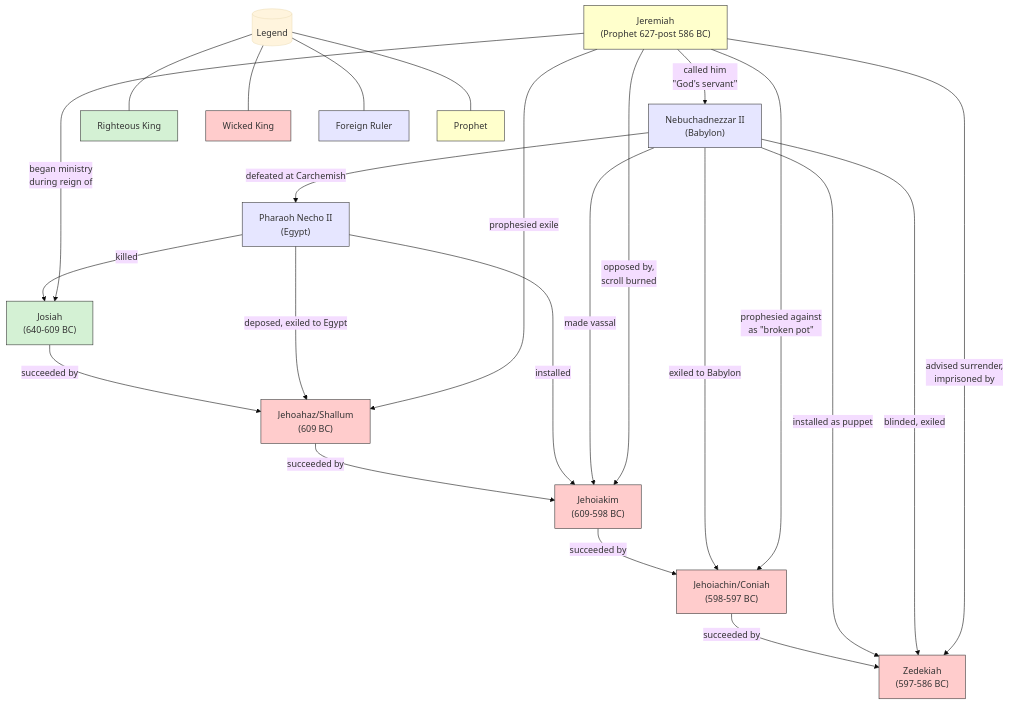
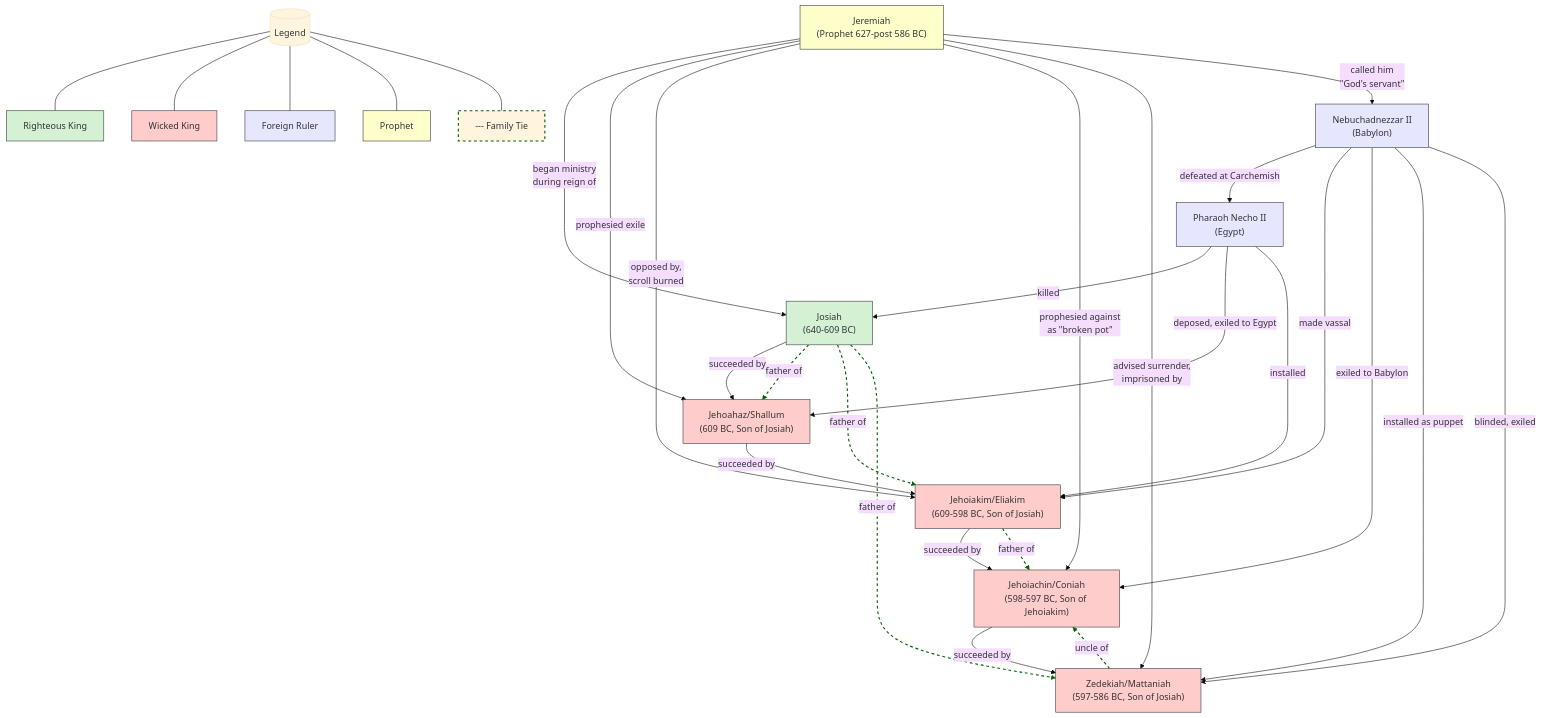
The first of 2 diagrams in old-testament-studies/public/content/en/kings-in-jeremiah-diagram.md (migarciaduran/OldTestament), drawn with Mermaid (base theme) before and after one commit. The commit also changed 1 other file, not shown here.

Commit message:
feat: enhance relationship diagrams for kings during Jeremiah's ministry; add family links and improve clarity

````diff
--- a/old-testament-studies/public/content/en/kings-in-jeremiah-diagram.md
+++ b/old-testament-studies/public/content/en/kings-in-jeremiah-diagram.md
@@ -5,56 +5,67 @@
 ```mermaid
 flowchart TB
     classDef righteous fill:#d4f1d4,stroke:#333,stroke-width:1px
     classDef wicked fill:#ffcccc,stroke:#333,stroke-width:1px
     classDef foreign fill:#e6e6ff,stroke:#333,stroke-width:1px
     classDef prophet fill:#ffffcc,stroke:#333,stroke-width:1px
+    classDef familyLink stroke:#006400,stroke-width:2px,stroke-dasharray: 5 5
     
     %% Kings and Prophet
     Jeremiah["Jeremiah<br/>(Prophet 627-post 586 BC)"]:::prophet
     
     Josiah["Josiah<br/>(640-609 BC)"]:::righteous
-    Jehoahaz["Jehoahaz/Shallum<br/>(609 BC)"]:::wicked
-    Jehoiakim["Jehoiakim<br/>(609-598 BC)"]:::wicked
-    Jehoiachin["Jehoiachin/Coniah<br/>(598-597 BC)"]:::wicked
-    Zedekiah["Zedekiah<br/>(597-586 BC)"]:::wicked
+    Jehoahaz["Jehoahaz/Shallum<br/>(609 BC, Son of Josiah)"]:::wicked
+    Jehoiakim["Jehoiakim/Eliakim<br/>(609-598 BC, Son of Josiah)"]:::wicked
+    Jehoiachin["Jehoiachin/Coniah<br/>(598-597 BC, Son of Jehoiakim)"]:::wicked
+    Zedekiah["Zedekiah/Mattaniah<br/>(597-586 BC, Son of Josiah)"]:::wicked
     
     %% Foreign Kings
     PharaohNecho["Pharaoh Necho II<br/>(Egypt)"]:::foreign
     Nebuchadnezzar["Nebuchadnezzar II<br/>(Babylon)"]:::foreign
     
-    %% Relationships - succession
+    %% Relationships - succession (Solid lines)
     Josiah -->|succeeded by| Jehoahaz
     Jehoahaz -->|succeeded by| Jehoiakim
     Jehoiakim -->|succeeded by| Jehoiachin
     Jehoiachin -->|succeeded by| Zedekiah
     
-    %% Foreign interventions
+    %% Family Relationships (Dashed green lines)
+    Josiah -.->|father of| Jehoahaz
+    Josiah -.->|father of| Jehoiakim
+    Josiah -.->|father of| Zedekiah
+    Jehoiakim -.->|father of| Jehoiachin
+    Zedekiah -.->|uncle of| Jehoiachin
+    linkStyle 4,5,6,7,8 stroke:#006400,stroke-width:2px,stroke-dasharray: 5 5
+    
+    %% Foreign interventions (Solid lines)
     PharaohNecho -->|killed| Josiah
     PharaohNecho -->|deposed, exiled to Egypt| Jehoahaz
     PharaohNecho -->|installed| Jehoiakim
     Nebuchadnezzar -->|defeated at Carchemish| PharaohNecho
     Nebuchadnezzar -->|made vassal| Jehoiakim
     Nebuchadnezzar -->|exiled to Babylon| Jehoiachin
     Nebuchadnezzar -->|installed as puppet| Zedekiah
     Nebuchadnezzar -->|blinded, exiled| Zedekiah
     
-    %% Jeremiah's relationships
+    %% Jeremiah's relationships (Solid lines)
     Jeremiah -->|began ministry<br/>during reign of| Josiah
     Jeremiah -->|prophesied exile| Jehoahaz
     Jeremiah -->|opposed by,<br/>scroll burned| Jehoiakim
     Jeremiah -->|prophesied against<br/>as &quot;broken pot&quot;| Jehoiachin
     Jeremiah -->|advised surrender,<br/>imprisoned by| Zedekiah
     Jeremiah -->|called him<br/>&quot;God's servant&quot;| Nebuchadnezzar
     
     %% Legend
     Legend[("Legend")]
     RighteousKing["Righteous King"]:::righteous
     WickedKing["Wicked King"]:::wicked
     ForeignRuler["Foreign Ruler"]:::foreign
     ProphetNode["Prophet"]:::prophet
+    FamilyRel["--- Family Tie"]:::familyLink
     
     Legend --- RighteousKing
     Legend --- WickedKing
     Legend --- ForeignRuler
     Legend --- ProphetNode
+    Legend --- FamilyRel
 ```
````
